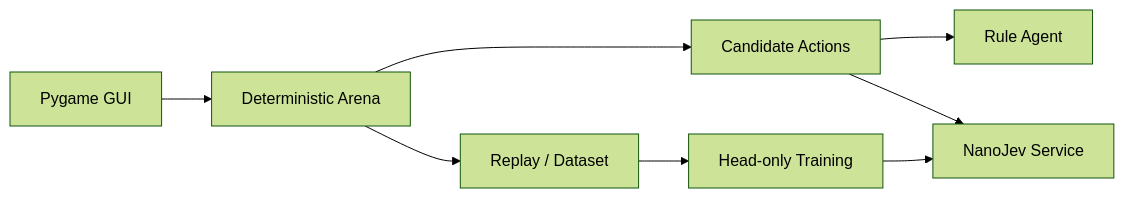
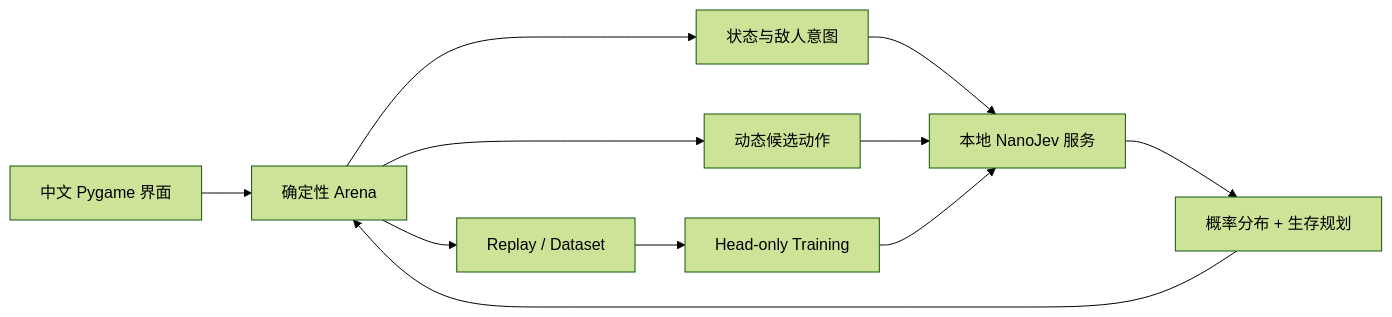
Before and after one commit to liao96312/jev-arena-nanojev: the diagram in README.md, drawn with Mermaid (forest theme). The commit also changed other lines of this file and 18 other files, not shown here.

````diff
--- a/README.md
+++ b/README.md
@@ -83,10 +103,13 @@
 ```mermaid
 flowchart LR
-  GUI["Pygame GUI"] --> Arena["Deterministic Arena"]
-  Arena --> Candidates["Candidate Actions"]
-  Candidates --> Rule["Rule Agent"]
-  Candidates --> NanoJev["NanoJev Service"]
+  GUI["中文 Pygame 界面"] --> Arena["确定性 Arena"]
+  Arena --> Observation["状态与敌人意图"]
+  Arena --> Candidates["动态候选动作"]
+  Observation --> NanoJev["本地 NanoJev 服务"]
+  Candidates --> NanoJev
+  NanoJev --> Policy["概率分布 + 生存规划"]
+  Policy --> Arena
   Arena --> Replay["Replay / Dataset"]
   Replay --> Train["Head-only Training"]
   Train --> NanoJev
 ```
````
